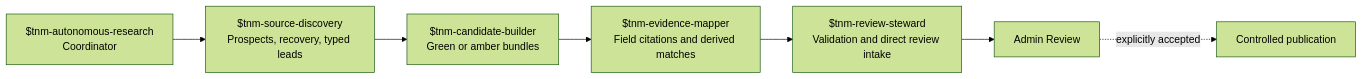
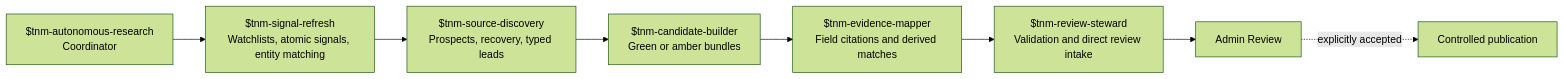
Before and after one commit to AndDavies/ecosystem_intelligence: the second of 6 diagrams in context/governance/Autonomous Ecosystem Research Pipeline.md, drawn with Mermaid (forest theme). The commit also changed other lines of this file and 72 other files, not shown here.

Commit message:
feat: complete review-first signal refresh workflow

````diff
--- a/context/governance/Autonomous Ecosystem Research Pipeline.md
+++ b/context/governance/Autonomous Ecosystem Research Pipeline.md
@@ -42,9 +44,10 @@
 ```mermaid
 flowchart LR
-  CO["$tnm-autonomous-research\nCoordinator"] --> SD["$tnm-source-discovery\nProspects, recovery, typed leads"]
+  CO["$tnm-autonomous-research\nCoordinator"] --> SR["$tnm-signal-refresh\nWatchlists, atomic signals, entity matching"]
+  SR --> SD["$tnm-source-discovery\nProspects, recovery, typed leads"]
   SD --> CB["$tnm-candidate-builder\nGreen or amber bundles"]
   CB --> EM["$tnm-evidence-mapper\nField citations and derived matches"]
   EM --> RS["$tnm-review-steward\nValidation and direct review intake"]
   RS --> HR["Admin Review"]
   HR -. "explicitly accepted" .-> PUB["Controlled publication"]
 ```
````
